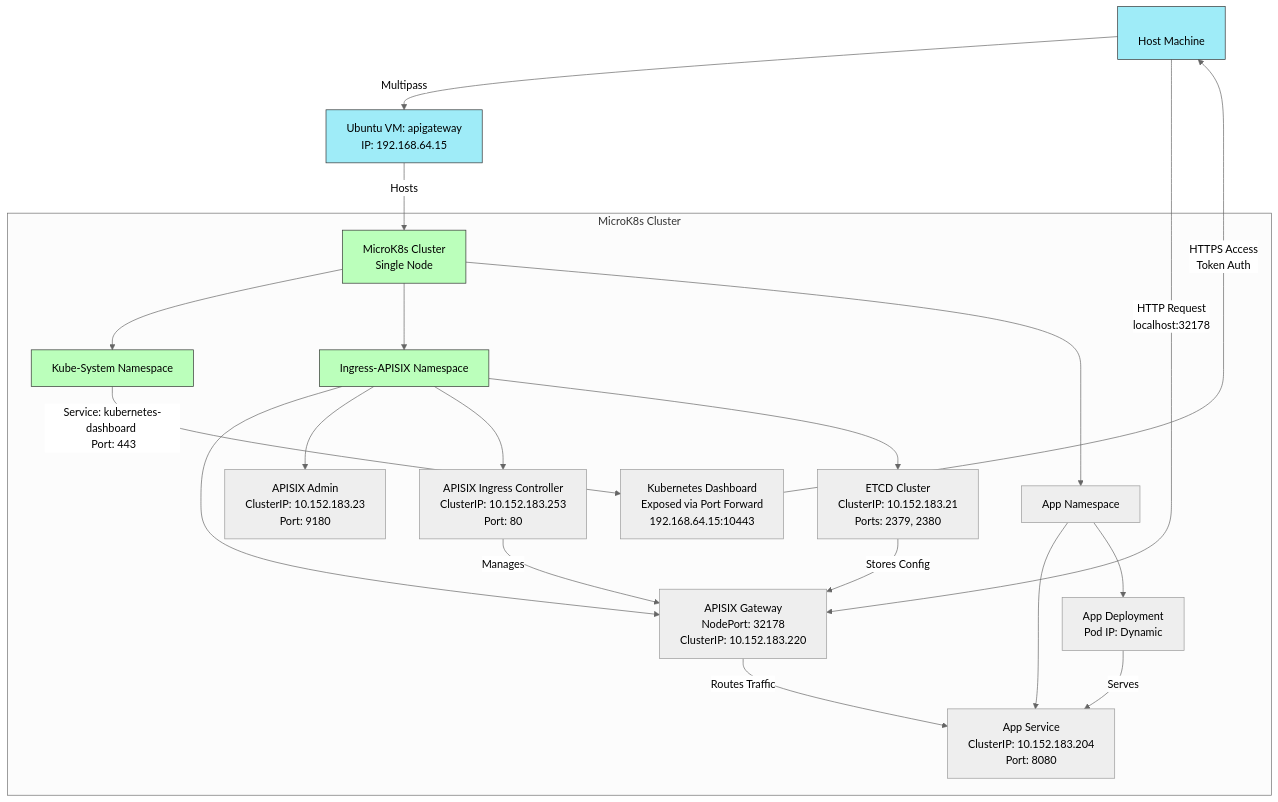
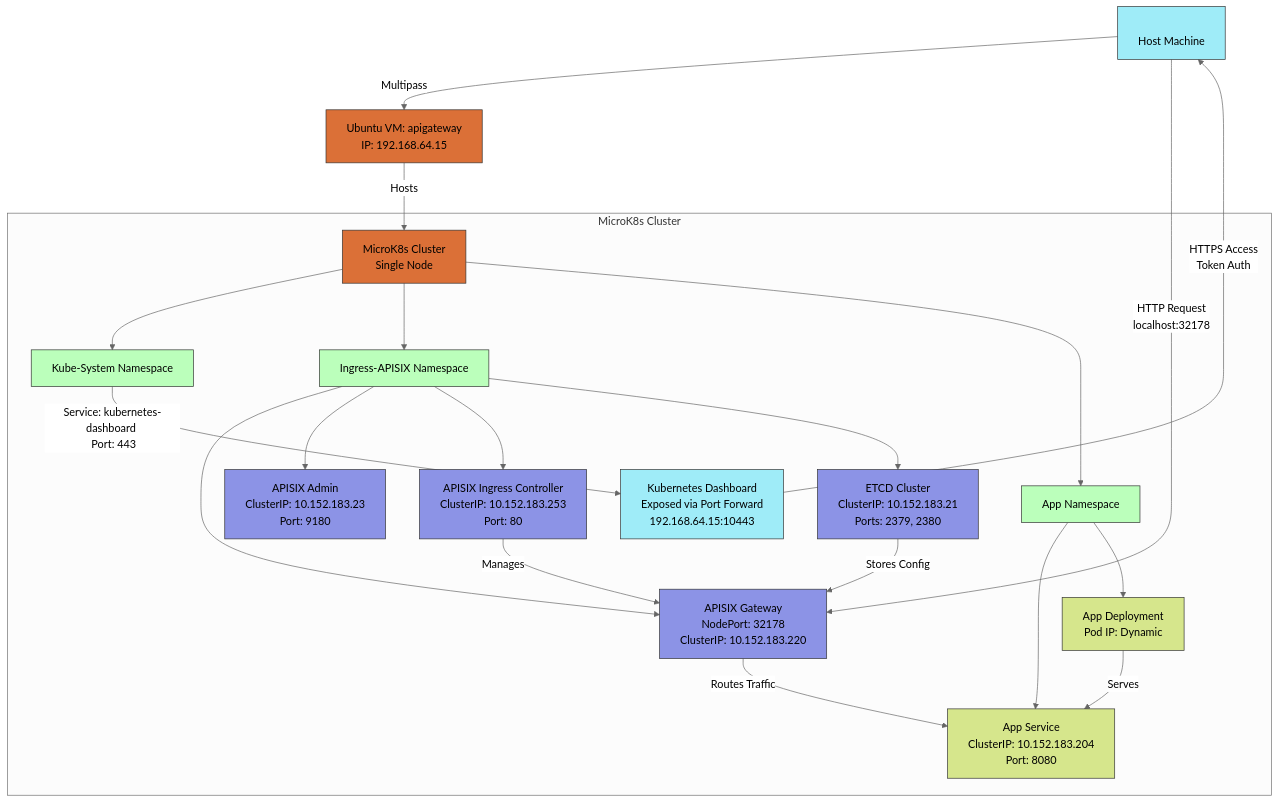
Before and after one commit to rajashtani/InsightForge: the diagram in apigateway/README.md, drawn with Mermaid.

````diff
--- a/apigateway/README.md
+++ b/apigateway/README.md
@@ -11,35 +11,43 @@
 ```mermaid
 %%{ init: { 'theme': 'neutral' } }%%
 graph TD
     A[<br> Host Machine <br>] -->|Multipass| B[Ubuntu VM: apigateway <br> IP: 192.168.64.15]
 
     B -->|Hosts| C[MicroK8s Cluster <br> Single Node]
 
     subgraph MicroK8s Cluster
         C --> D[Kube-System Namespace]
         C --> E[Ingress-APISIX Namespace]
         C --> F[App Namespace]
 
         D -->|Service: kubernetes-dashboard <br> Port: 443| G[Kubernetes Dashboard <br> Exposed via Port Forward <br> 192.168.64.15:10443]
         
         E --> H[APISIX Gateway <br> NodePort: 32178 <br> ClusterIP: 10.152.183.220]
         E --> I[APISIX Admin <br> ClusterIP: 10.152.183.23 <br> Port: 9180]
         E --> J[APISIX Ingress Controller <br> ClusterIP: 10.152.183.253 <br> Port: 80]
         E --> K[ETCD Cluster <br> ClusterIP: 10.152.183.21 <br> Ports: 2379, 2380]
 
         F --> L[App Service <br> ClusterIP: 10.152.183.204 <br> Port: 8080]
         F --> M[App Deployment <br> Pod IP: Dynamic]
     end
 
     A -->|HTTP Request <br> localhost:32178| H
     H -->|Routes Traffic| L
     G -->|HTTPS Access <br> Token Auth| A
     J -->|Manages| H
     K -->|Stores Config| H
     M -->|Serves| L
 
     classDef f fill:#9fecf8,stroke:#333
     classDef p fill:#bfb,stroke:#333
-    class A,B f
-    class C,D,E p
+    classDef q fill:#8c93e6,stroke:#333
+    classDef r fill:#d6e68c,stroke:#333
+    classDef t fill:#db7037,stroke:#333
+
+    class A f
+    class D,E,F p
+    class H,I,J,K q
+    class L,M r
+    class G f
+    class B,C t
 ```
````
